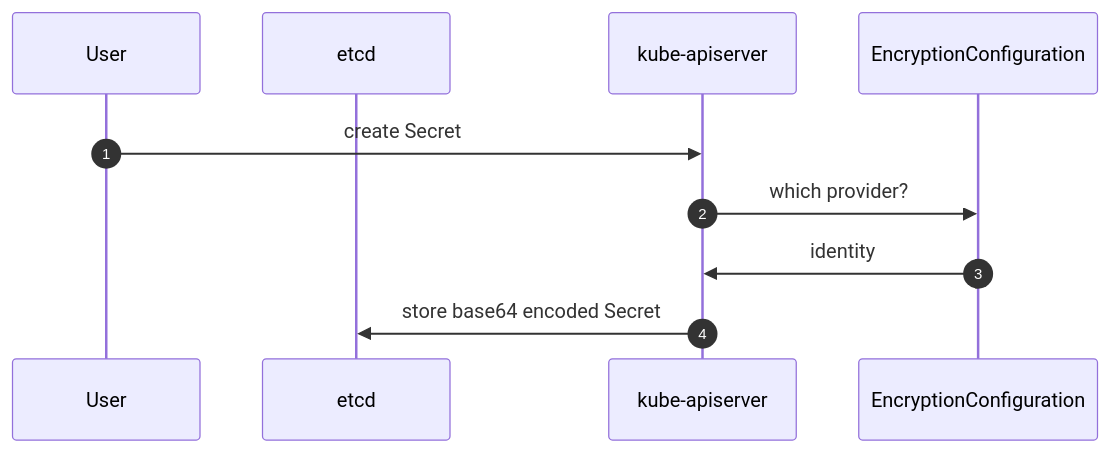
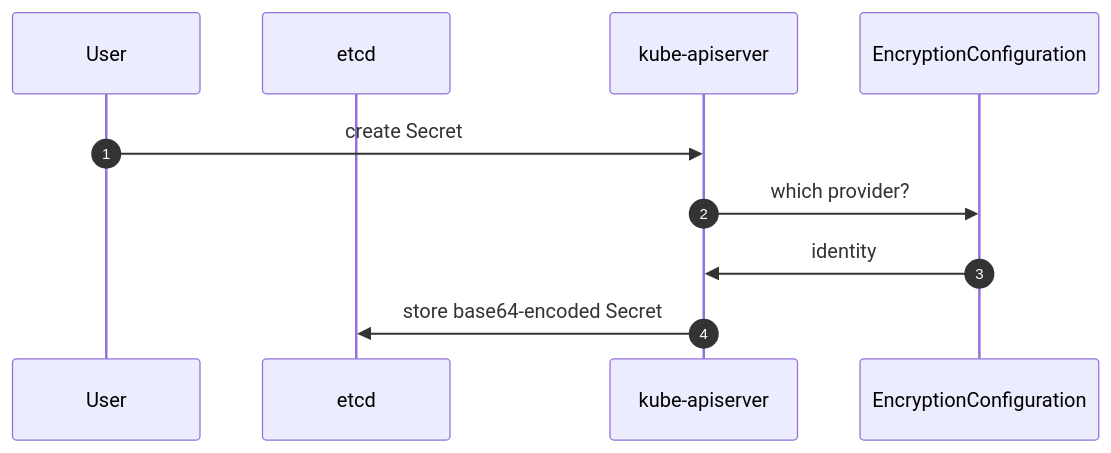
One commit to Trousseau-io/docs.trousseau.io changed the second of 9 diagrams in docs/trousseau/architecture.md. Above: the diagram before and after it, drawn with Mermaid.

````diff
--- a/docs/trousseau/architecture.md
+++ b/docs/trousseau/architecture.md
@@ -30,12 +30,12 @@
 ```mermaid
 sequenceDiagram
 participant User
 participant etcd
 participant kube-apiserver
 participant EncryptionConfiguration
 autonumber
   User->>kube-apiserver: create Secret
   kube-apiserver->>EncryptionConfiguration: which provider?
   EncryptionConfiguration->>kube-apiserver: identity
-  kube-apiserver->>etcd: store base64 encoded Secret
+  kube-apiserver->>etcd: store base64-encoded Secret
 ```
````
